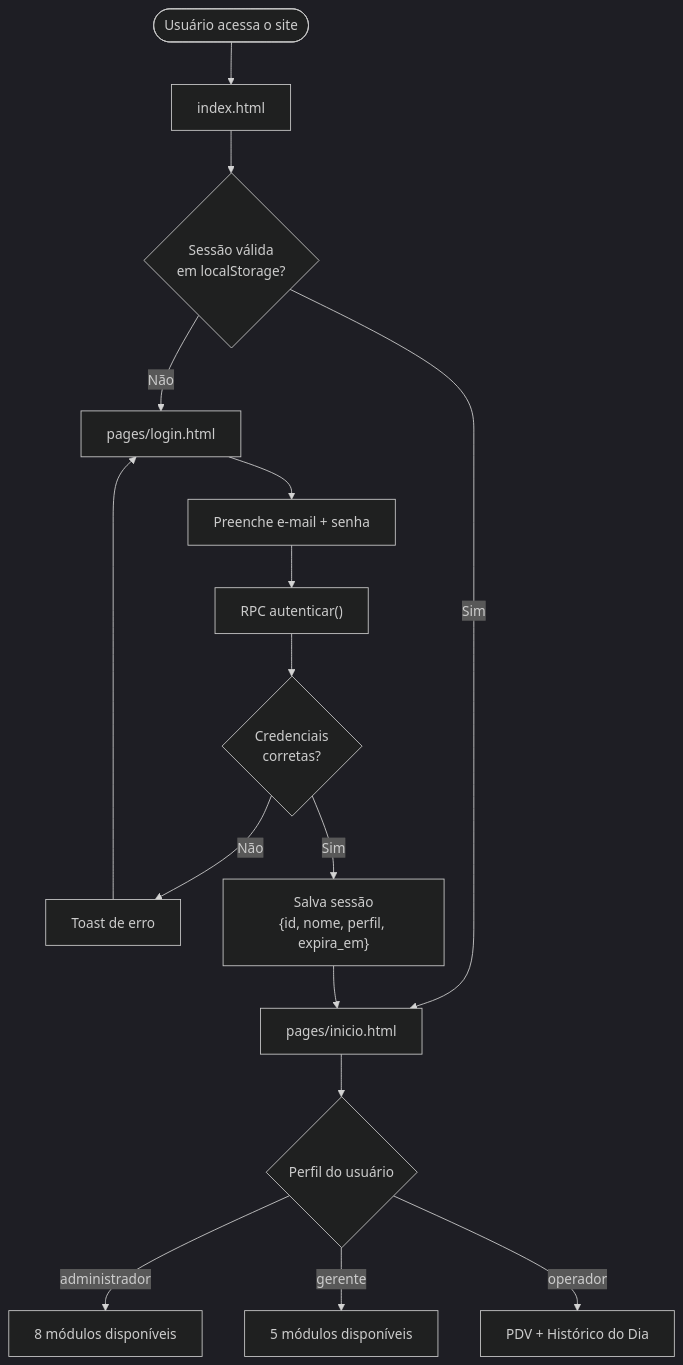
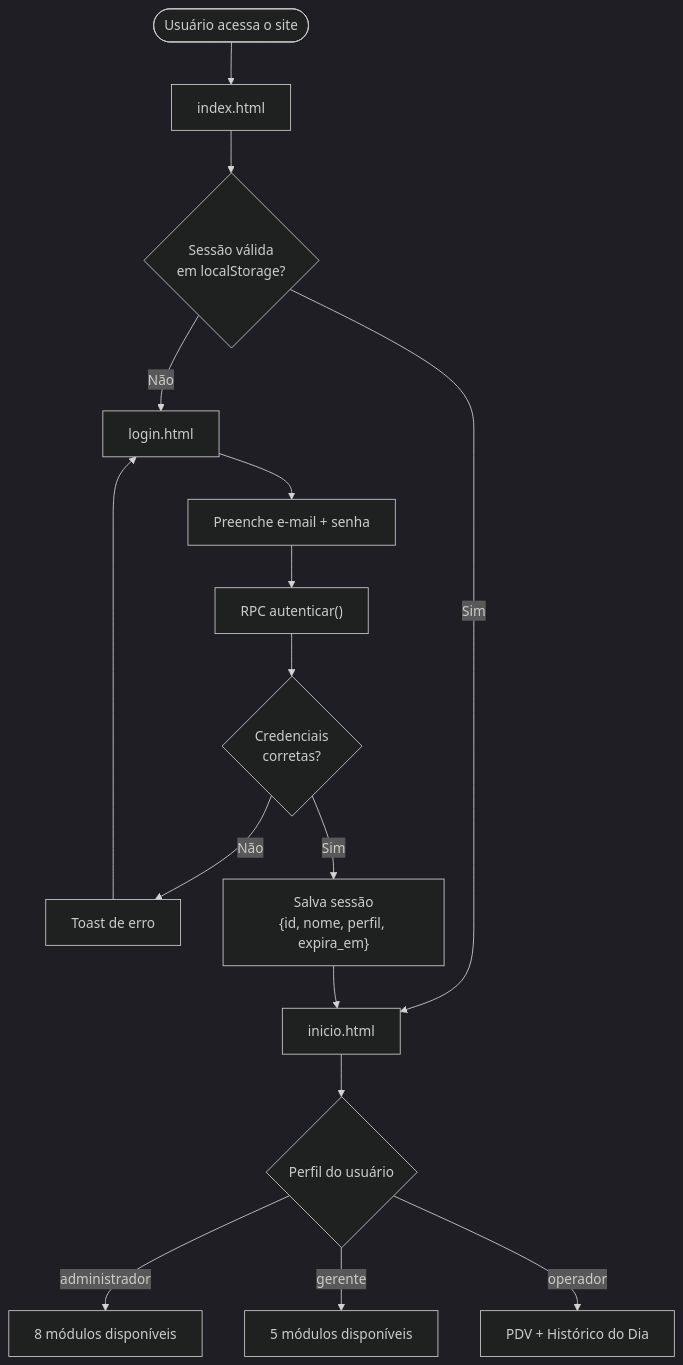
One commit to WilsonLucas/gestao_comercial changed the second of 5 diagrams in README.md. Above: the diagram before and after it, drawn with Mermaid (dark theme). The commit also changed other lines of this file and 1 other file, not shown here.

Commit message:
docs: atualiza documentacao — GitHub Pages, HTMLs na raiz, filtros de produtos

````diff
--- a/README.md
+++ b/README.md
@@ -74,21 +74,21 @@
 ```mermaid
 flowchart TD
     A([Usuário acessa o site]) --> B[index.html]
     B --> C{Sessão válida\nem localStorage?}
-    C -->|Não| D[pages/login.html]
-    C -->|Sim| E[pages/inicio.html]
+    C -->|Não| D[login.html]
+    C -->|Sim| E[inicio.html]
 
     D --> F[Preenche e-mail + senha]
     F --> G["RPC autenticar()"]
     G --> H{Credenciais\ncorretas?}
     H -->|Não| I[Toast de erro]
     H -->|Sim| J["Salva sessão\n{id, nome, perfil, expira_em}"]
     J --> E
 
     E --> K{Perfil do usuário}
     K -->|administrador| L[8 módulos disponíveis]
     K -->|gerente| M[5 módulos disponíveis]
     K -->|operador| N[PDV + Histórico do Dia]
 
     I --> D
 ```
````
